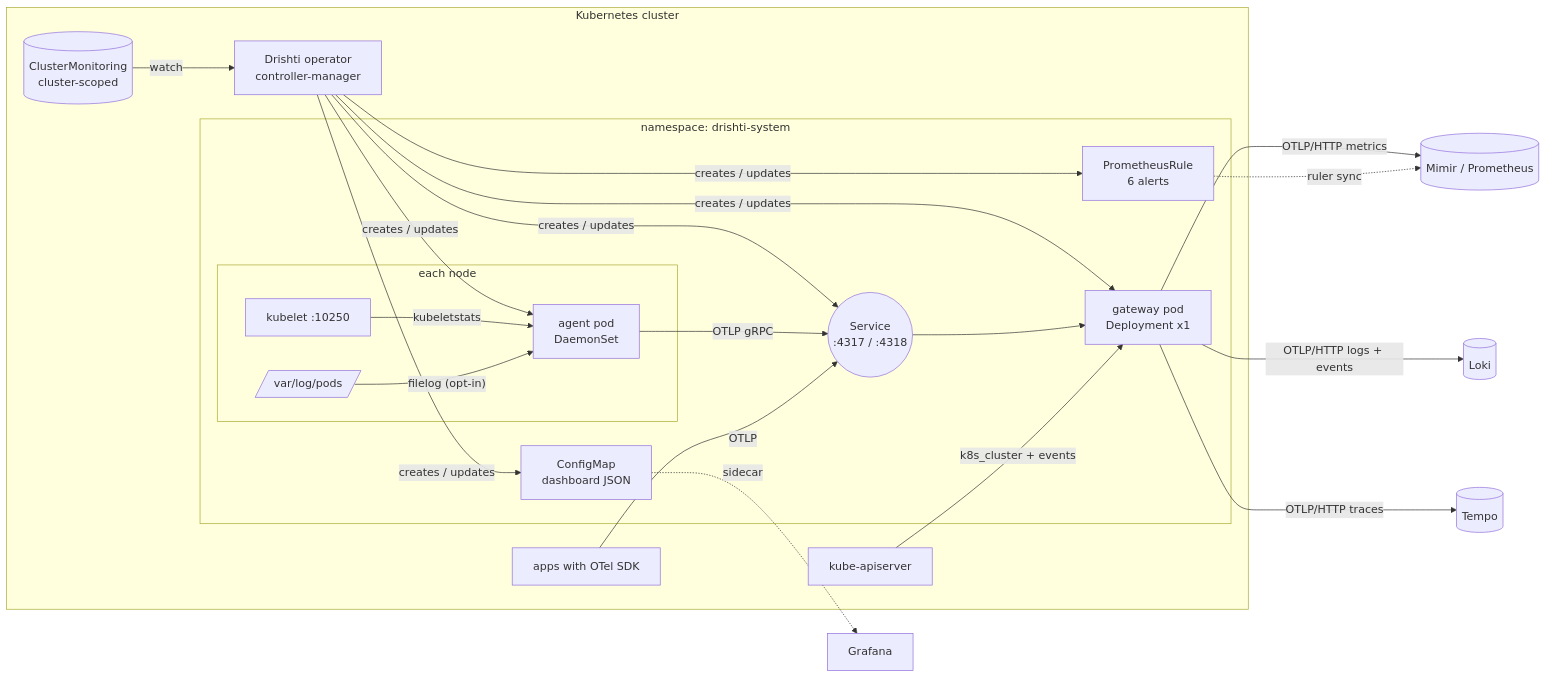
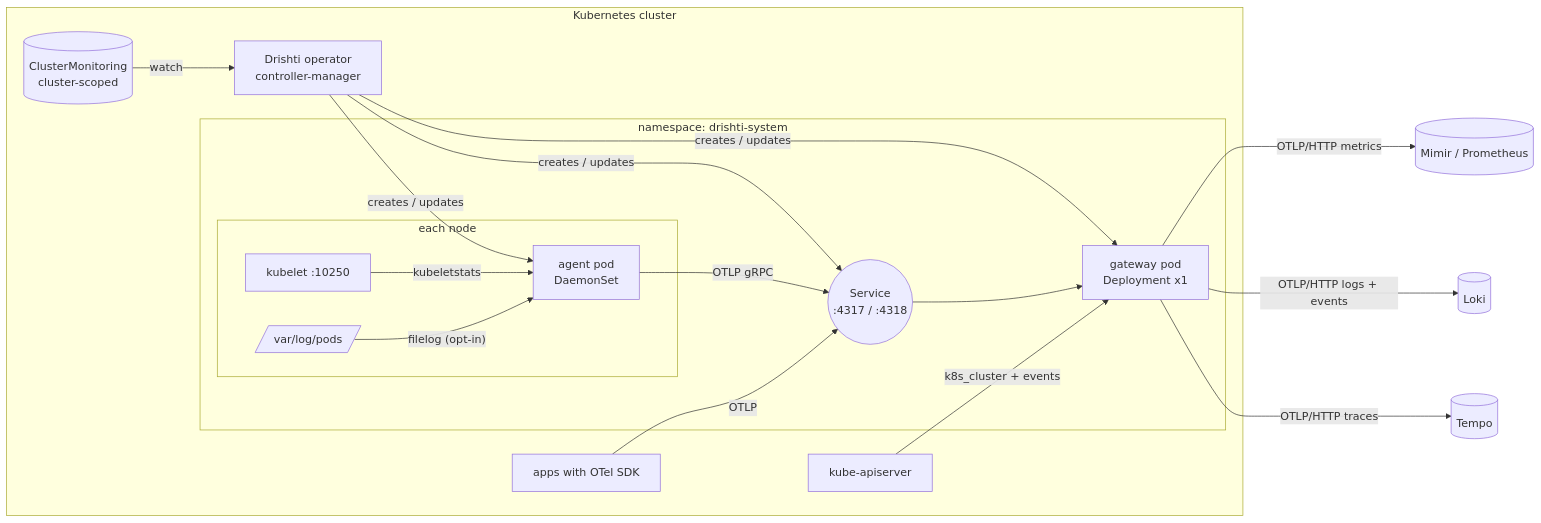
The first of 2 diagrams in README.md (rupamjbordoloi/kubernetes-operator), drawn with Mermaid before and after one commit. The commit also changed other lines of this file and 14 other files, not shown here.

````diff
--- a/README.md
+++ b/README.md
@@ -319,34 +304,30 @@
 ```mermaid
 flowchart LR
   subgraph cluster[Kubernetes cluster]
     CR[(ClusterMonitoring<br/>cluster-scoped)]
     OP[Drishti operator<br/>controller-manager]
     CR -- watch --> OP
 
     subgraph ns[namespace: drishti-system]
       subgraph node1[each node]
         AG[agent pod<br/>DaemonSet]
         KL[kubelet :10250]
         LOGS[/var/log/pods/]
       end
       GW[gateway pod<br/>Deployment x1]
       SVC((Service<br/>:4317 / :4318))
-      DASH[ConfigMap<br/>dashboard JSON]
-      RULE[PrometheusRule<br/>6 alerts]
     end
     API[kube-apiserver]
     APPS[apps with OTel SDK]
 
-    OP -- creates / updates --> AG & GW & SVC & DASH & RULE
+    OP -- creates / updates --> AG & GW & SVC
     KL -- kubeletstats --> AG
     LOGS -- filelog (opt-in) --> AG
     AG -- OTLP gRPC --> SVC --> GW
     APPS -- OTLP --> SVC
     API -- k8s_cluster + events --> GW
   end
   GW -- OTLP/HTTP metrics --> MIMIR[(Mimir / Prometheus)]
   GW -- OTLP/HTTP logs + events --> LOKI[(Loki)]
   GW -- OTLP/HTTP traces --> TEMPO[(Tempo)]
-  DASH -. sidecar .-> GRAFANA[Grafana]
-  RULE -. ruler sync .-> MIMIR
 ```
````
